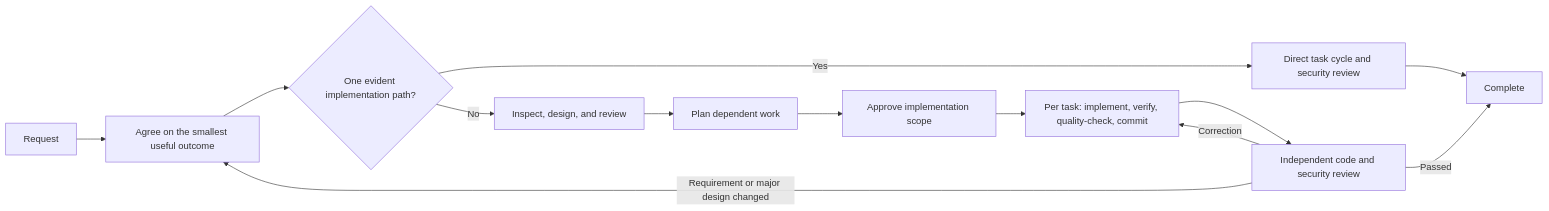
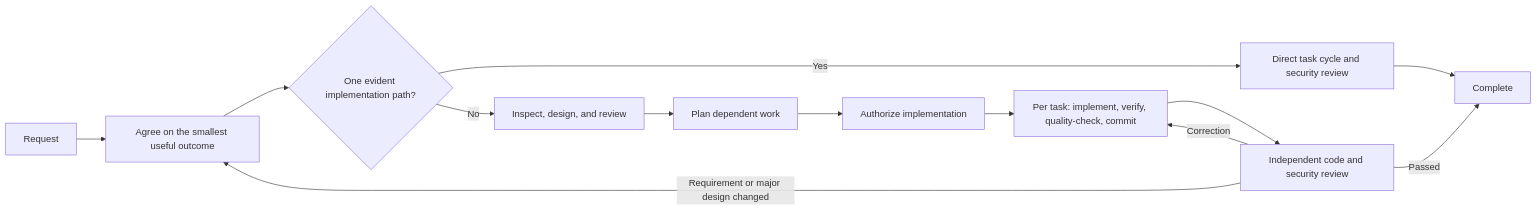
Before and after one commit to shinpr/codex-workflows: the diagram in README.md, drawn with Mermaid. The commit also changed other lines of this file, not shown here.

````diff
--- a/README.md
+++ b/README.md
@@ -82,15 +82,15 @@
 ```mermaid
 flowchart LR
     A[Request] --> B[Agree on the smallest useful outcome]
     B --> C{One evident implementation path?}
     C -->|Yes| S[Direct task cycle and security review]
     S --> L[Complete]
     C -->|No| D[Inspect, design, and review]
     D --> E[Plan dependent work]
-    E --> F[Approve implementation scope]
+    E --> F[Authorize implementation]
     F --> H[Per task: implement, verify, quality-check, commit]
     H --> K[Independent code and security review]
     K -->|Correction| H
     K -->|Requirement or major design changed| B
     K -->|Passed| L[Complete]
 ```
````
